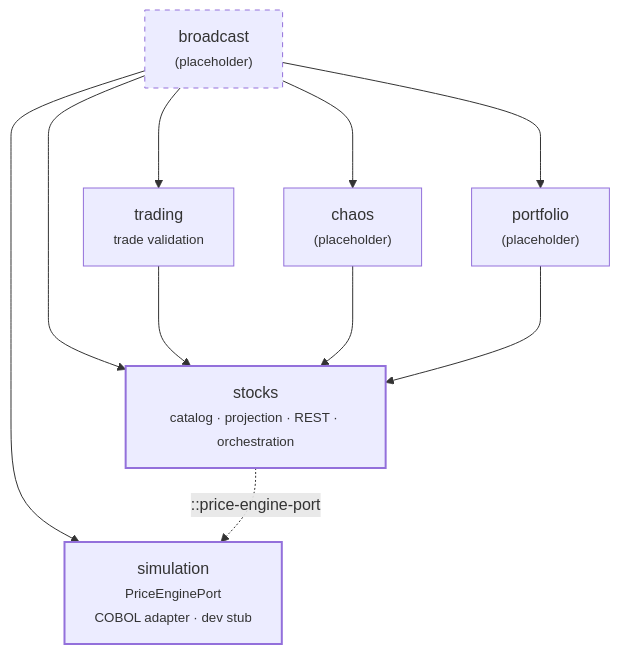
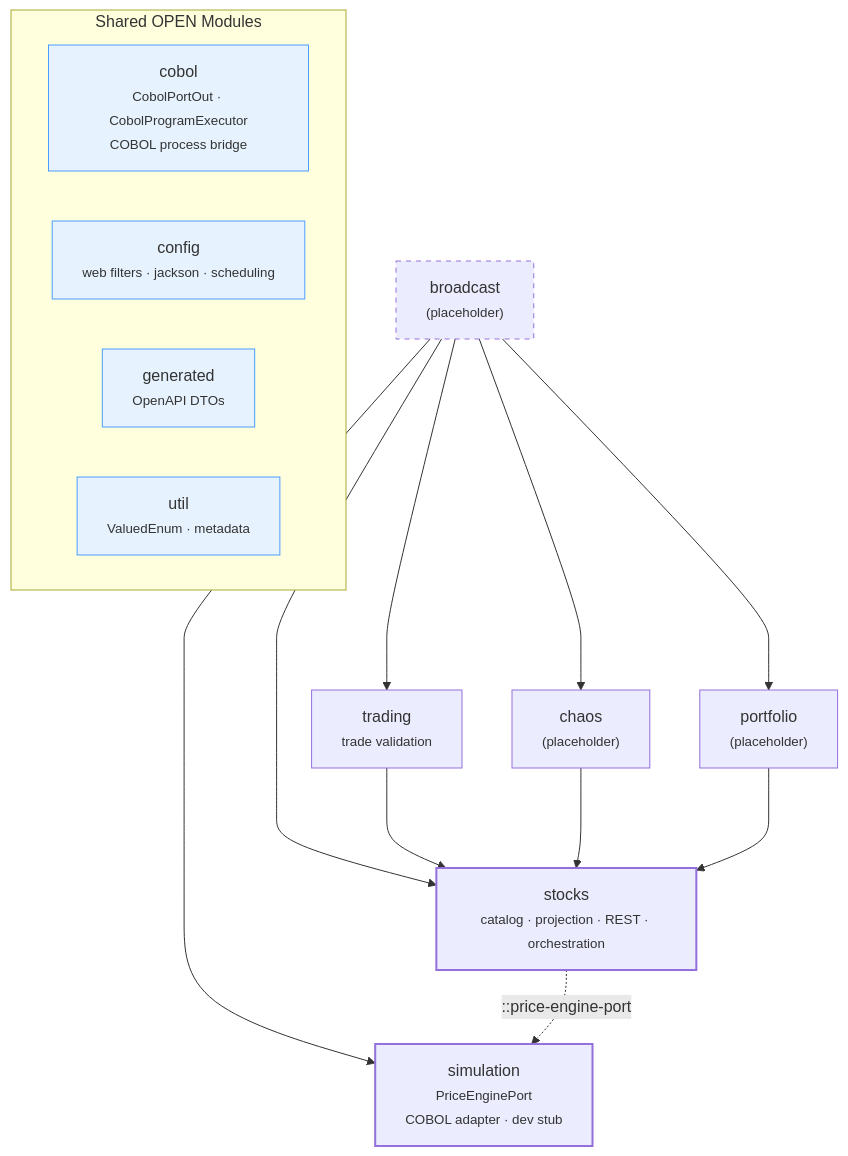
Before and after one commit to franBec/stonks-simulator: the first of 7 diagrams in stonks_java/README.md, drawn with Mermaid. The commit also changed other lines of this file and 9 other files, not shown here.

First line of the commit message:
Fix modulith module boundaries for cobol/config and update README diagrams

````diff
--- a/stonks_java/README.md
+++ b/stonks_java/README.md
@@ -9,24 +9,35 @@
 ```mermaid
 graph TB
     broadcast["broadcast<br/><small>(placeholder)</small>"]
     stocks["stocks<br/><small>catalog · projection · REST · orchestration</small>"]
     simulation["simulation<br/><small>PriceEnginePort<br/>COBOL adapter · dev stub</small>"]
     trading["trading<br/><small>trade validation</small>"]
     chaos["chaos<br/><small>(placeholder)</small>"]
     portfolio["portfolio<br/><small>(placeholder)</small>"]
+
+    subgraph OPEN ["Shared OPEN Modules"]
+        cobol["cobol<br/><small>CobolPortOut · CobolProgramExecutor<br/>COBOL process bridge</small>"]
+        config["config<br/><small>web filters · jackson · scheduling</small>"]
+        generated["generated<br/><small>OpenAPI DTOs</small>"]
+        util["util<br/><small>ValuedEnum · metadata</small>"]
+    end
 
     broadcast ---> stocks
     broadcast ---> simulation
     broadcast ---> trading
     broadcast ---> chaos
     broadcast ---> portfolio
 
     stocks -.->|"::price-engine-port"| simulation
     trading ---> stocks
     chaos ---> stocks
     portfolio ---> stocks
 
     style simulation stroke-width:2px
     style stocks stroke-width:2px
     style broadcast stroke-dasharray: 5 5
+    style cobol fill:#e6f3ff,stroke:#4a9eff
+    style config fill:#e6f3ff,stroke:#4a9eff
+    style generated fill:#e6f3ff,stroke:#4a9eff
+    style util fill:#e6f3ff,stroke:#4a9eff
 ```
````
